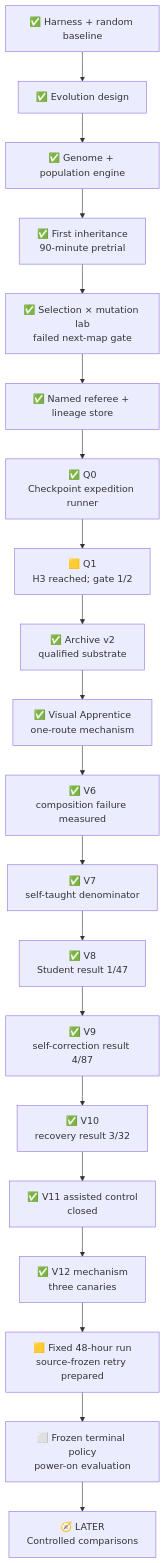
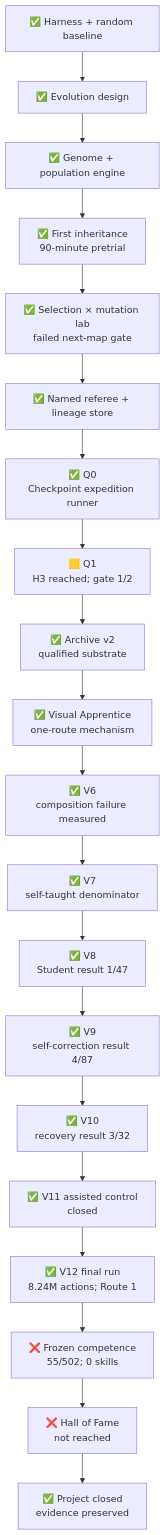
The diagram in docs/roadmap.md (PeteAndrews1289/pokemon-red-ai), drawn with Mermaid before and after one commit. The commit also changed other lines of this file and 17 other files, not shown here.

````diff
--- a/docs/roadmap.md
+++ b/docs/roadmap.md
@@ -175,22 +179,22 @@
 ```mermaid
 flowchart TD
     P0["✅ Harness + random baseline"] --> EV0["✅ Evolution design"]
     EV0 --> EV1["✅ Genome + population engine"]
     EV1 --> PRE["✅ First inheritance<br/>90-minute pretrial"]
     PRE --> LAB["✅ Selection × mutation lab<br/>failed next-map gate"]
     LAB --> REF["✅ Named referee + lineage store"]
     REF --> P1["✅ Q0<br/>Checkpoint expedition runner"]
     P1 --> Q1["🟨 Q1<br/>H3 reached; gate 1/2"]
     Q1 --> SC["✅ Archive v2<br/>qualified substrate"]
     SC --> VA["✅ Visual Apprentice<br/>one-route mechanism"]
     VA --> V6["✅ V6<br/>composition failure measured"]
     V6 --> V7["✅ V7<br/>self-taught denominator"]
     V7 --> V8["✅ V8<br/>Student result 1/47"]
     V8 --> V9["✅ V9<br/>self-correction result 4/87"]
     V9 --> V10["✅ V10<br/>recovery result 3/32"]
     V10 --> V11["✅ V11 assisted control<br/>closed"]
-    V11 --> V12["✅ V12 mechanism<br/>three canaries"]
-    V12 --> RUN["🟨 Fixed 48-hour run<br/>source-frozen retry prepared"]
-    RUN --> HOF["⬜ Frozen terminal policy<br/>power-on evaluation"]
-    HOF --> AB["🧭 LATER<br/>Controlled comparisons"]
+    V11 --> V12["✅ V12 final run<br/>8.24M actions; Route 1"]
+    V12 --> RUN["❌ Frozen competence<br/>55/502; 0 skills"]
+    RUN --> HOF["❌ Hall of Fame<br/>not reached"]
+    HOF --> AB["✅ Project closed<br/>evidence preserved"]
 ```
````
